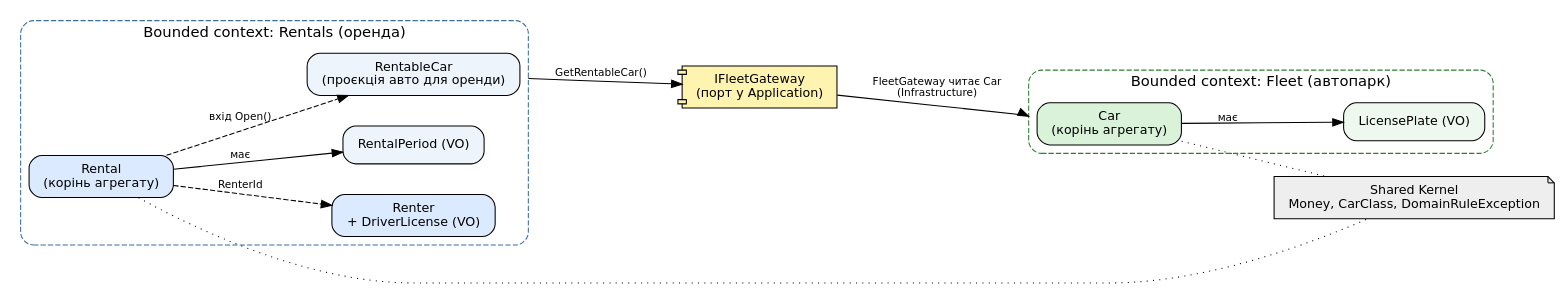
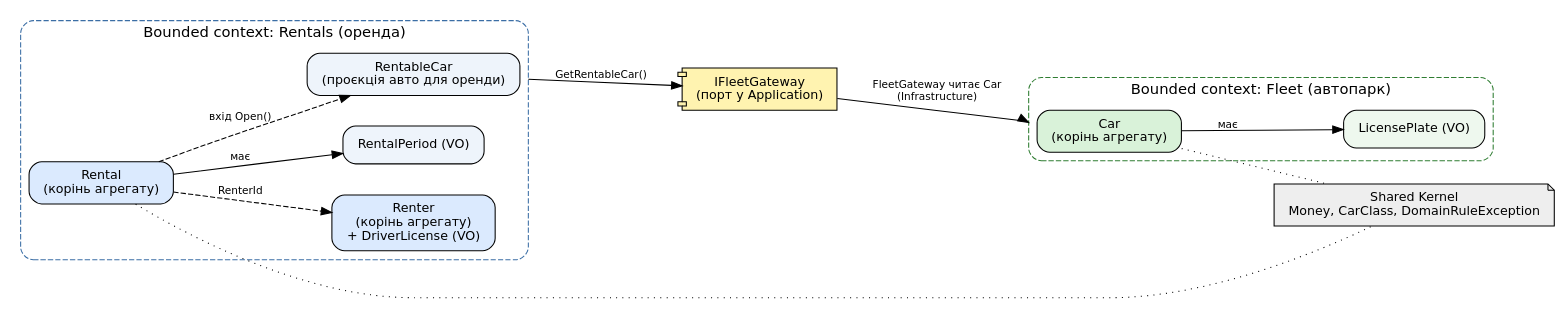
Before and after one commit to brizzinck/krinzhrepoduta: the diagram in arch/pz-1/evidence/contexts.dot, drawn with Graphviz. The commit also changed 19 other files, not shown here.

```diff
--- a/arch/pz-1/evidence/contexts.dot
+++ b/arch/pz-1/evidence/contexts.dot
@@ -1,26 +1,26 @@
 digraph contexts {
   rankdir=LR; fontname="DejaVu Sans"; compound=true; nodesep=0.4; ranksep=0.9;
   node [shape=box, style="rounded,filled", fontname="DejaVu Sans", fontsize=12, margin="0.2,0.1"];
   edge [fontname="DejaVu Sans", fontsize=10];
   subgraph cluster_rentals {
     label="Bounded context: Rentals (оренда)"; style="rounded,dashed"; color="#3b6ea5"; fontname="DejaVu Sans";
     rental [label="Rental\n(корінь агрегату)", fillcolor="#dbeafe"];
-    renter [label="Renter\n+ DriverLicense (VO)", fillcolor="#dbeafe"];
+    renter [label="Renter\n(корінь агрегату)\n+ DriverLicense (VO)", fillcolor="#dbeafe"];
     period [label="RentalPeriod (VO)", fillcolor="#eef4fb"];
     rentable [label="RentableCar\n(проєкція авто для оренди)", fillcolor="#eef4fb"];
     rental -> renter [label=" RenterId", style=dashed];
     rental -> period [label=" має"];
     rental -> rentable [label=" вхід Open()", style=dashed];
   }
   gateway [label="IFleetGateway\n(порт у Application)", shape=component, fillcolor="#fff3b0"];
   subgraph cluster_fleet {
     label="Bounded context: Fleet (автопарк)"; style="rounded,dashed"; color="#2f7d32"; fontname="DejaVu Sans";
     car [label="Car\n(корінь агрегату)", fillcolor="#d9f2d9"];
     plate [label="LicensePlate (VO)", fillcolor="#eef8ee"];
     car -> plate [label=" має"];
   }
   kernel [label="Shared Kernel\nMoney, CarClass, DomainRuleException", shape=note, fillcolor="#eeeeee"];
   rentable -> gateway [label=" GetRentableCar()", ltail=cluster_rentals];
   gateway -> car [label=" FleetGateway читає Car\n(Infrastructure)", lhead=cluster_fleet];
   rental -> kernel [style=dotted, arrowhead=none]; car -> kernel [style=dotted, arrowhead=none];
 }
```
